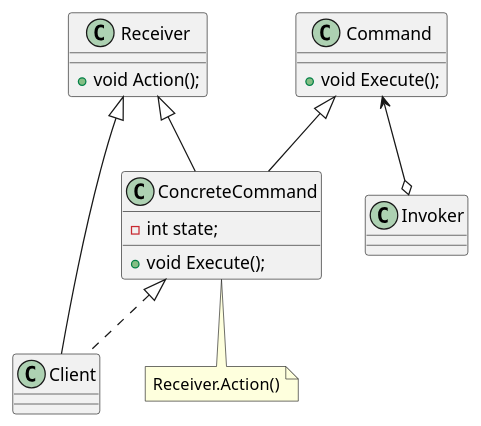
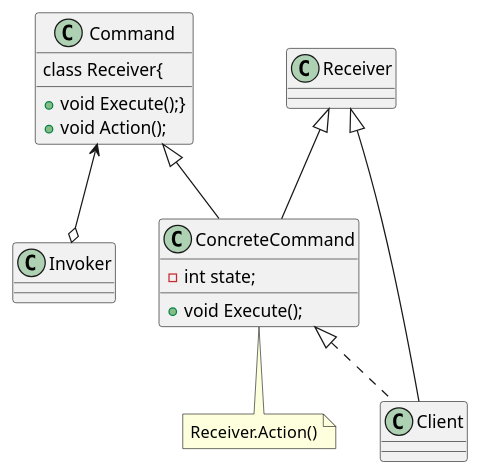
One commit to esmemag96/A01023086_AyMSS18 changed the diagram in Actividades/A4.1.Command/diagrama.puml. Above: the diagram before and after it, drawn with PlantUML. The commit also changed 10 other files, not shown here.

```diff
--- a/Actividades/A4.1.Command/diagrama.puml
+++ b/Actividades/A4.1.Command/diagrama.puml
@@ -1,23 +1,22 @@
 @startuml 
 
 class Client
 class Invoker
 class Command{
-    +void Execute();
-}
+    +void Execute();}
 class Receiver{
     +void Action();
 }
 class ConcreteCommand{
     -int state;
     +void Execute();
 }
 note "Receiver.Action()" as N1
 
 Receiver <|-- Client
 ConcreteCommand <|..Client
 Receiver <|--ConcreteCommand
 Command <|--ConcreteCommand
 Command <--o Invoker
 ConcreteCommand -- N1
 @enduml
```
